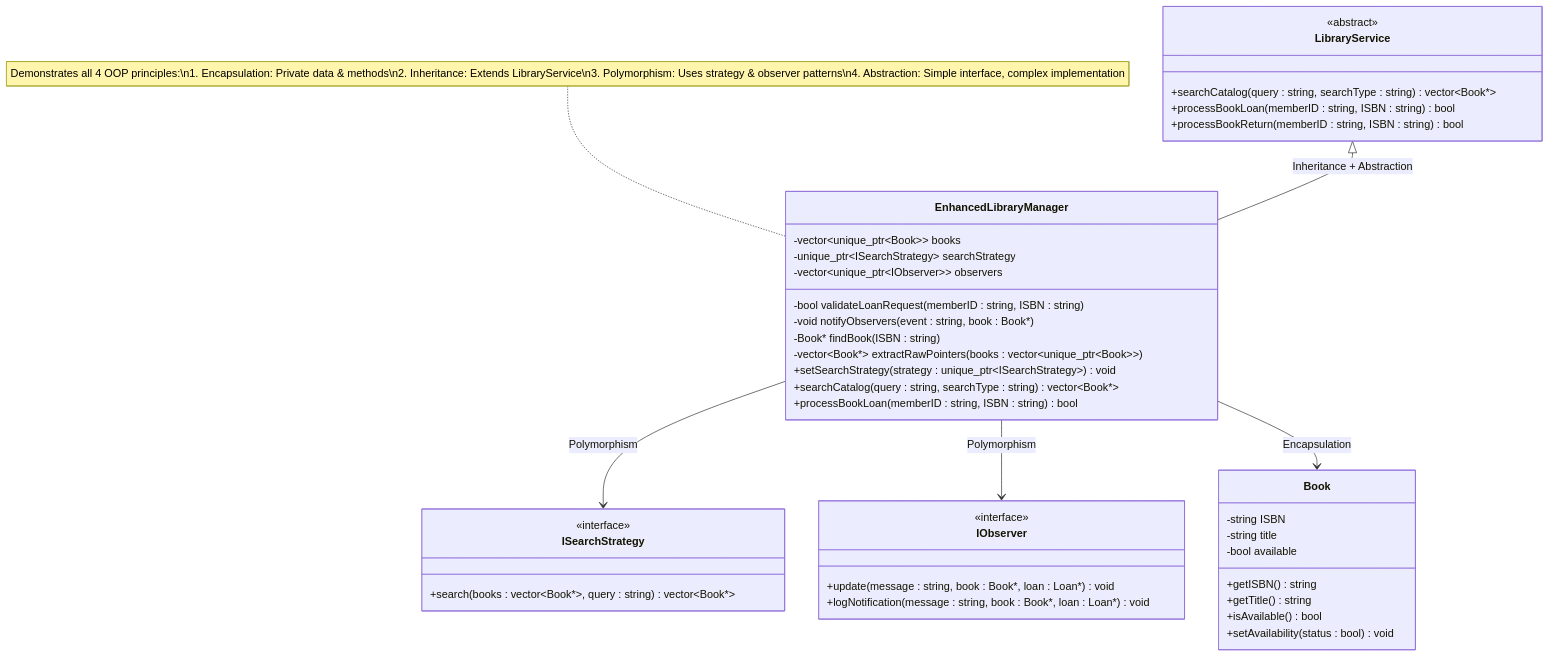
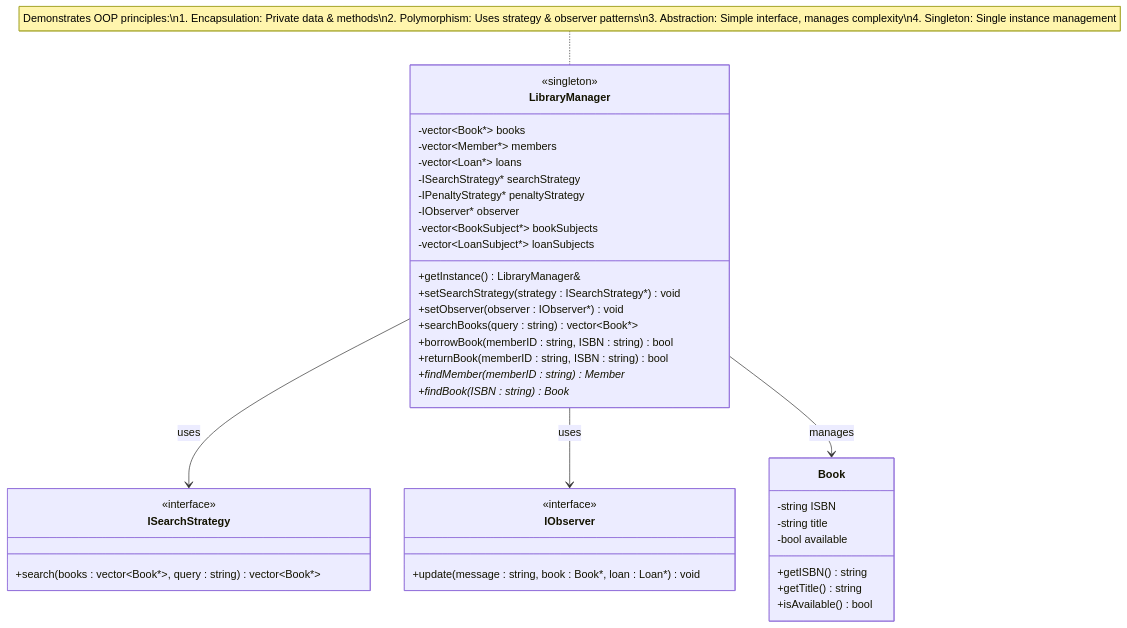
One commit to DankDaPancake/LibraryManagementSystem changed diagram 20 of 31 in docs/report.md. Above: the diagram before and after it, drawn with Mermaid. The commit also changed other lines of this file, not shown here.

````diff
--- a/docs/report.md
+++ b/docs/report.md
@@ -1688,51 +1623,48 @@
 ```mermaid
 classDiagram
-    class LibraryService {
-        <<abstract>>
-        +searchCatalog(query : string, searchType : string) vector~Book*~
-        +processBookLoan(memberID : string, ISBN : string) bool
-        +processBookReturn(memberID : string, ISBN : string) bool
-    }
-    
-    class EnhancedLibraryManager {
-        -vector~unique_ptr~Book~~ books
-        -unique_ptr~ISearchStrategy~ searchStrategy
-        -vector~unique_ptr~IObserver~~ observers
-        -bool validateLoanRequest(memberID : string, ISBN : string)
-        -void notifyObservers(event : string, book : Book*)
-        -Book* findBook(ISBN : string)
-        -vector~Book*~ extractRawPointers(books : vector~unique_ptr~Book~~)
-        +setSearchStrategy(strategy : unique_ptr~ISearchStrategy~) void
-        +searchCatalog(query : string, searchType : string) vector~Book*~
-        +processBookLoan(memberID : string, ISBN : string) bool
+    class LibraryManager {
+        <<singleton>>
+        -vector~Book*~ books
+        -vector~Member*~ members
+        -vector~Loan*~ loans
+        -ISearchStrategy* searchStrategy
+        -IPenaltyStrategy* penaltyStrategy
+        -IObserver* observer
+        -vector~BookSubject*~ bookSubjects
+        -vector~LoanSubject*~ loanSubjects
+        +getInstance() LibraryManager&
+        +setSearchStrategy(strategy : ISearchStrategy*) void
+        +setObserver(observer : IObserver*) void
+        +searchBooks(query : string) vector~Book*~
+        +borrowBook(memberID : string, ISBN : string) bool
+        +returnBook(memberID : string, ISBN : string) bool
+        +findMember(memberID : string) Member*
+        +findBook(ISBN : string) Book*
     }
     
     class ISearchStrategy {
         <<interface>>
         +search(books : vector~Book*~, query : string) vector~Book*~
     }
     
     class IObserver {
         <<interface>>
         +update(message : string, book : Book*, loan : Loan*) void
-        +logNotification(message : string, book : Book*, loan : Loan*) void
     }
     
     class Book {
         -string ISBN
         -string title
         -bool available
         +getISBN() string
         +getTitle() string
         +isAvailable() bool
-        +setAvailability(status : bool) void
     }
     
-    %% Relationships demonstrating all 4 OOP principles
-    LibraryService <|-- EnhancedLibraryManager : Inheritance + Abstraction
-    EnhancedLibraryManager --> ISearchStrategy : Polymorphism
-    EnhancedLibraryManager --> IObserver : Polymorphism  
-    EnhancedLibraryManager --> Book : Encapsulation
+    %% Relationships demonstrating OOP principles
+    LibraryManager --> ISearchStrategy : uses
+    LibraryManager --> IObserver : uses
+    LibraryManager --> Book : manages
     
-    note for EnhancedLibraryManager "Demonstrates all 4 OOP principles:\n1. Encapsulation: Private data & methods\n2. Inheritance: Extends LibraryService\n3. Polymorphism: Uses strategy & observer patterns\n4. Abstraction: Simple interface, complex implementation"
+    note for LibraryManager "Demonstrates OOP principles:\n1. Encapsulation: Private data & methods\n2. Polymorphism: Uses strategy & observer patterns\n3. Abstraction: Simple interface, manages complexity\n4. Singleton: Single instance management"
 ```
````
